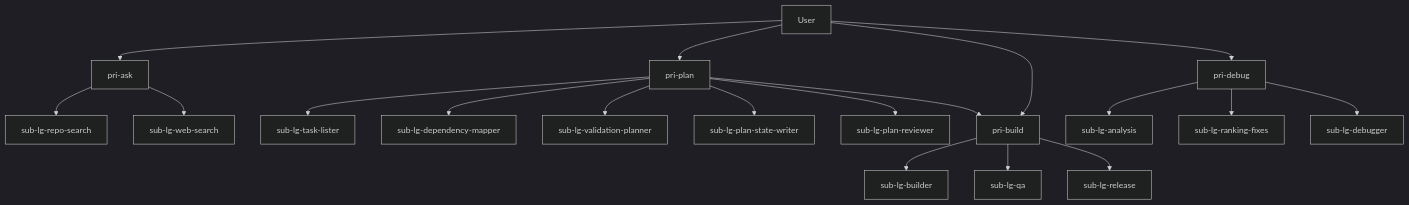
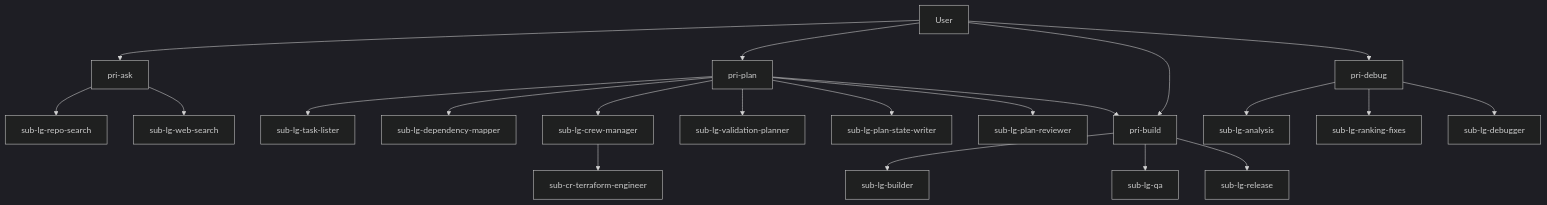
The diagram in README.md (lukefl011/opencode-easy-setup-msfoundry), drawn with Mermaid (dark theme) before and after one commit. The commit also changed other lines of this file and 6 other files, not shown here.

````diff
--- a/README.md
+++ b/README.md
@@ -48,25 +50,28 @@
 ```mermaid
 flowchart TD
   U[User] --> A[pri-ask]
   U --> P[pri-plan]
   U --> B[pri-build]
   U --> D[pri-debug]
 
   A --> RS[sub-lg-repo-search]
   A --> WS[sub-lg-web-search]
 
   P --> TL[sub-lg-task-lister]
   P --> DM[sub-lg-dependency-mapper]
+  P --> CM[sub-lg-crew-manager]
   P --> VP[sub-lg-validation-planner]
   P --> PSW[sub-lg-plan-state-writer]
   P --> PR[sub-lg-plan-reviewer]
   P --> B
+
+  CM --> CRTF[sub-cr-terraform-engineer]
 
   B --> BU[sub-lg-builder]
   B --> QA[sub-lg-qa]
   B --> R[sub-lg-release]
 
   D --> AN[sub-lg-analysis]
   D --> RF[sub-lg-ranking-fixes]
   D --> DB[sub-lg-debugger]
 ```
````
